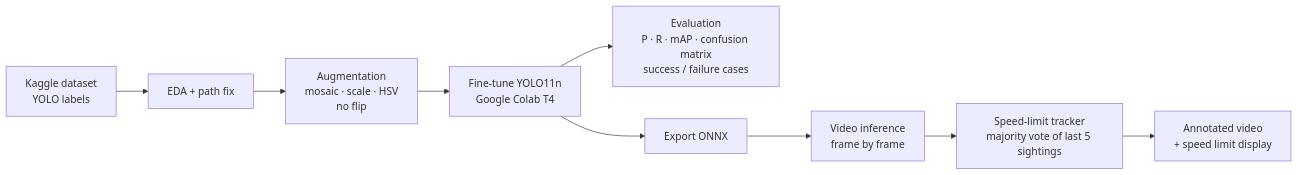
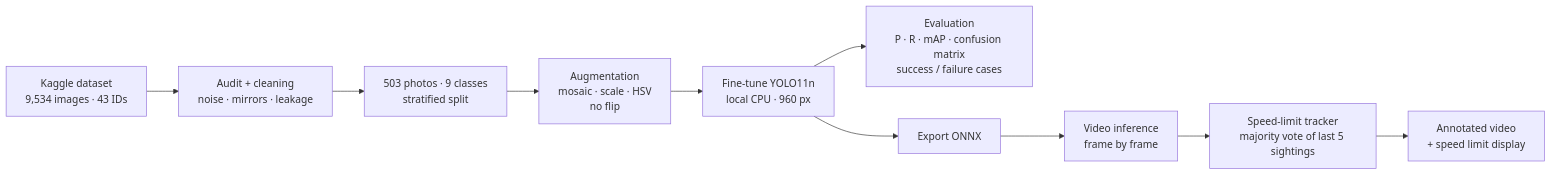
Before and after one commit to majtob/computer_vision_SDAIA: the diagram in README.md, drawn with Mermaid. The commit also changed other lines of this file and 5 other files, not shown here.

First line of the commit message:
Switch to local CPU training and clean the dataset

````diff
--- a/README.md
+++ b/README.md
@@ -32,11 +43,12 @@
 ```mermaid
 flowchart LR
-    A[Kaggle dataset<br/>YOLO labels] --> B[EDA + path fix]
-    B --> C[Augmentation<br/>mosaic · scale · HSV<br/>no flip]
-    C --> D[Fine-tune YOLO11n<br/>Google Colab T4]
+    A[Kaggle dataset<br/>9,534 images · 43 IDs] --> B[Audit + cleaning<br/>noise · mirrors · leakage]
+    B --> B2[503 photos · 9 classes<br/>stratified split]
+    B2 --> C[Augmentation<br/>mosaic · scale · HSV<br/>no flip]
+    C --> D[Fine-tune YOLO11n<br/>local CPU · 960 px]
     D --> E[Evaluation<br/>P · R · mAP · confusion matrix<br/>success / failure cases]
     D --> F[Export ONNX]
     F --> G[Video inference<br/>frame by frame]
     G --> H[Speed-limit tracker<br/>majority vote of last 5 sightings]
     H --> I[Annotated video<br/>+ speed limit display]
 ```
````
